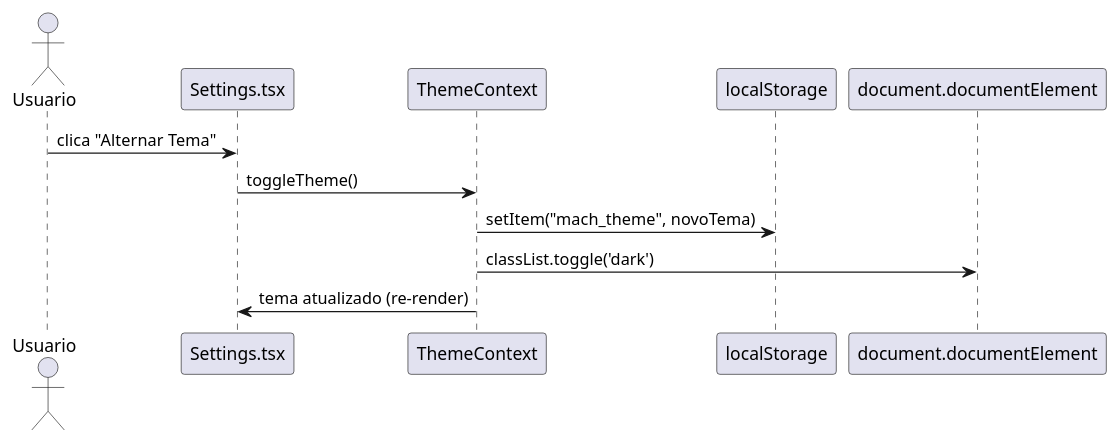
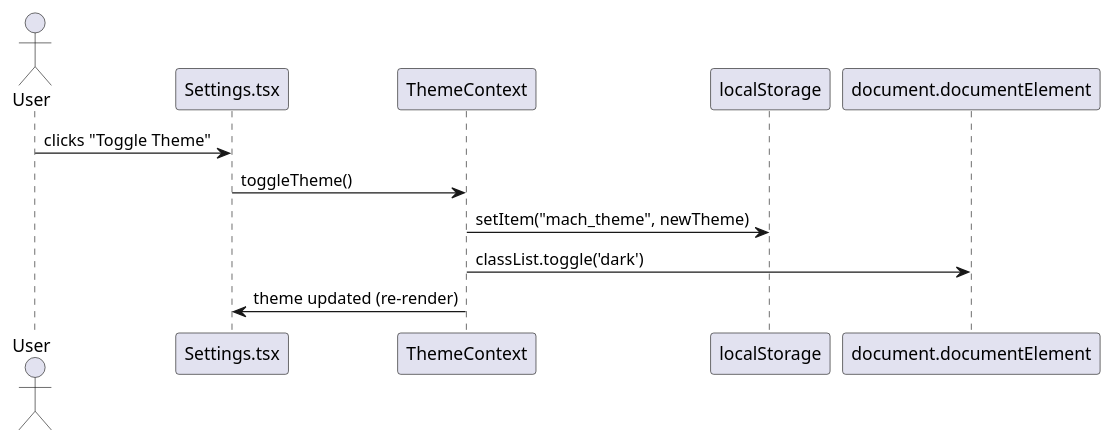
One commit to GiovaniRodrigo/arquitetura-mach-saas-nocode changed the third of 3 diagrams in specs/003-dashboard-integracao-dados/spec.md. Above: the diagram before and after it, drawn with PlantUML. The commit also changed other lines of this file and 86 other files, not shown here.

````diff
--- a/specs/003-dashboard-integracao-dados/spec.md
+++ b/specs/003-dashboard-integracao-dados/spec.md
@@ -219,15 +219,15 @@
 ```plantuml
 @startuml
-actor Usuario
+actor User
 participant "Settings.tsx" as S
 participant "ThemeContext" as T
 participant "localStorage" as L
 participant "document.documentElement" as DOM
 
-Usuario -> S : clica "Alternar Tema"
+User -> S : clicks "Toggle Theme"
 S -> T : toggleTheme()
-T -> L : setItem("mach_theme", novoTema)
+T -> L : setItem("mach_theme", newTheme)
 T -> DOM : classList.toggle('dark')
-T -> S : tema atualizado (re-render)
+T -> S : theme updated (re-render)
 @enduml
 ```
````
